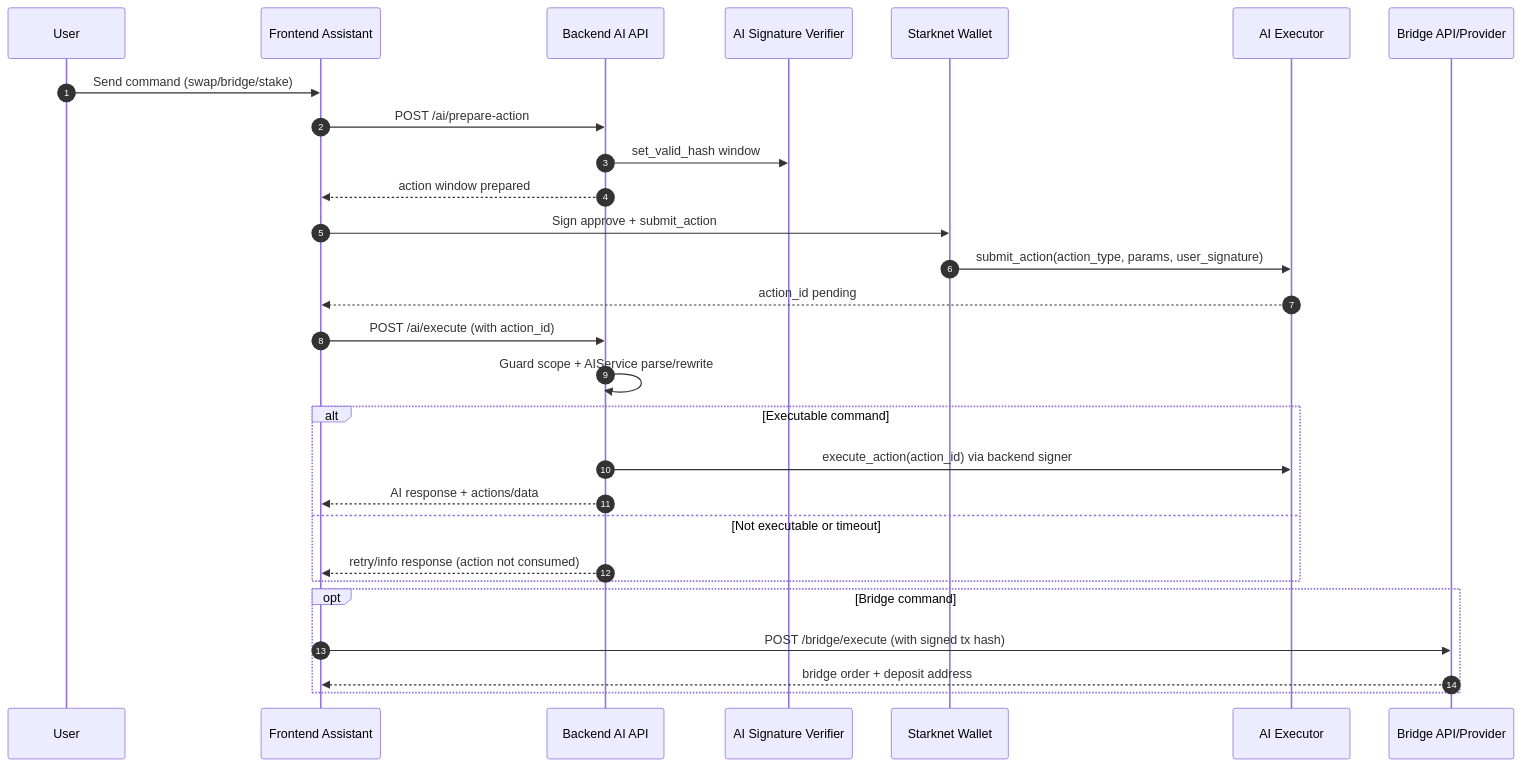
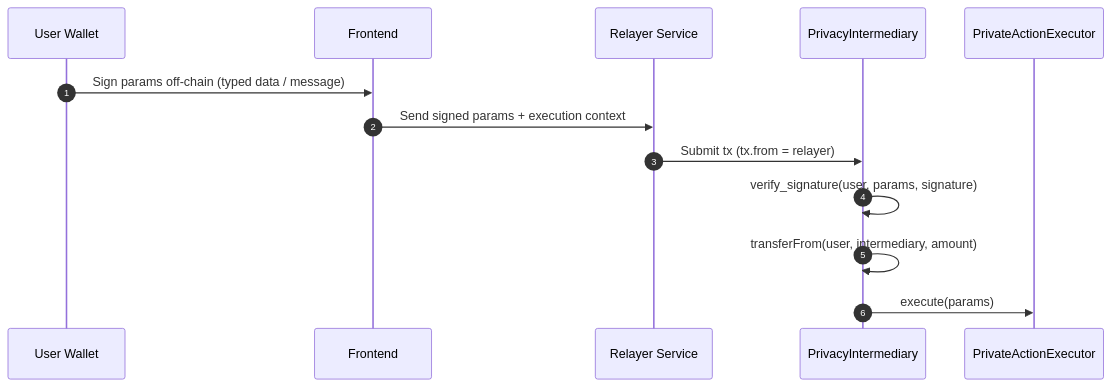
Before and after one commit to ntfound-dev/zkcarel_protocol: the diagram in docs/ai_architecture.md, drawn with Mermaid. The commit also changed other lines of this file and 83 other files, not shown here.

Commit message:
feat: implement privacy relayer-intermediary flow and garaga proof updates

````diff
--- a/docs/ai_architecture.md
+++ b/docs/ai_architecture.md
@@ -63,34 +86,16 @@
 ```mermaid
 sequenceDiagram
     autonumber
-    participant User
-    participant FE as Frontend Assistant
-    participant BE as Backend AI API
-    participant Verifier as AI Signature Verifier
-    participant Wallet as Starknet Wallet
-    participant Executor as AI Executor
-    participant Bridge as Bridge API/Provider
+    participant U as User Wallet
+    participant FE as Frontend
+    participant R as Relayer Service
+    participant I as PrivacyIntermediary
+    participant E as PrivateActionExecutor
 
-    User->>FE: Send command (swap/bridge/stake)
-    FE->>BE: POST /ai/prepare-action
-    BE->>Verifier: set_valid_hash window
-    BE-->>FE: action window prepared
-
-    FE->>Wallet: Sign approve + submit_action
-    Wallet->>Executor: submit_action(action_type, params, user_signature)
-    Executor-->>FE: action_id pending
-
-    FE->>BE: POST /ai/execute (with action_id)
-    BE->>BE: Guard scope + AIService parse/rewrite
-    alt Executable command
-        BE->>Executor: execute_action(action_id) via backend signer
-        BE-->>FE: AI response + actions/data
-    else Not executable or timeout
-        BE-->>FE: retry/info response (action not consumed)
-    end
-
-    opt Bridge command
-        FE->>Bridge: POST /bridge/execute (with signed tx hash)
-        Bridge-->>FE: bridge order + deposit address
-    end
+    U->>FE: Sign params off-chain (typed data / message)
+    FE->>R: Send signed params + execution context
+    R->>I: Submit tx (tx.from = relayer)
+    I->>I: verify_signature(user, params, signature)
+    I->>I: transferFrom(user, intermediary, amount)
+    I->>E: execute(params)
 ```
````
